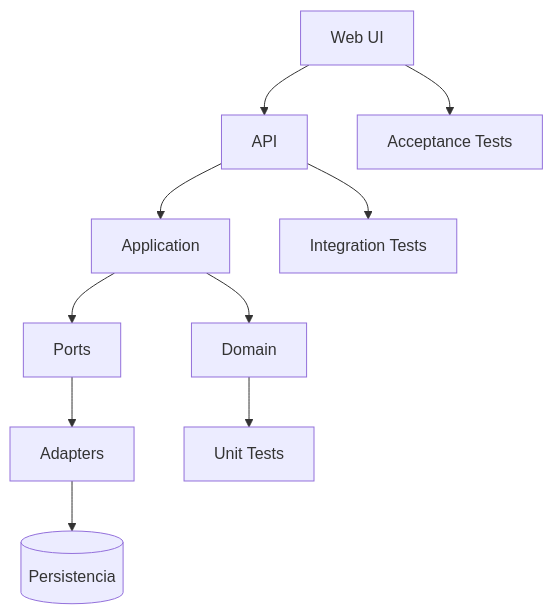
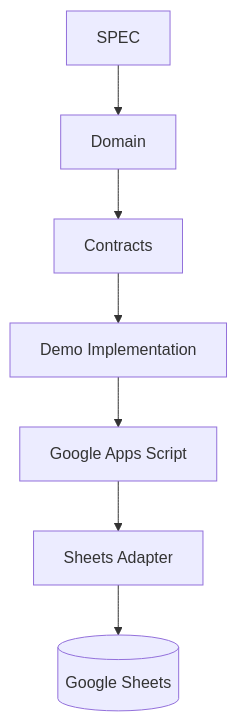
The first of 2 diagrams in docs/decisions/ADR-005-stack-implementacion-mvp.md (balderasalberto/eventos-sociales), drawn with Mermaid before and after one commit. The commit also changed other lines of this file, not shown here.

Commit message:
docs: accept demo-first stack strategy

````diff
--- a/docs/decisions/ADR-005-stack-implementacion-mvp.md
+++ b/docs/decisions/ADR-005-stack-implementacion-mvp.md
@@ -61,14 +38,11 @@
 ```mermaid
 flowchart TD
-    WEB[Web UI]
-    WEB --> API[API]
-    API --> APP[Application]
-    APP --> DOMAIN[Domain]
-    APP --> PORTS[Ports]
-    PORTS --> ADAPTERS[Adapters]
-    ADAPTERS --> DB[(Persistencia)]
+    SPEC[SPEC]
+    --> DOMAIN[Domain]
+    --> CONTRACTS[Contracts]
+    --> DEMO[Demo Implementation]
 
-    DOMAIN --> UNIT[Unit Tests]
-    API --> INTEGRATION[Integration Tests]
-    WEB --> ACCEPTANCE[Acceptance Tests]
+    DEMO --> GAS[Google Apps Script]
+    GAS --> ADAPTER[Sheets Adapter]
+    ADAPTER --> SHEETS[(Google Sheets)]
 ```
````
